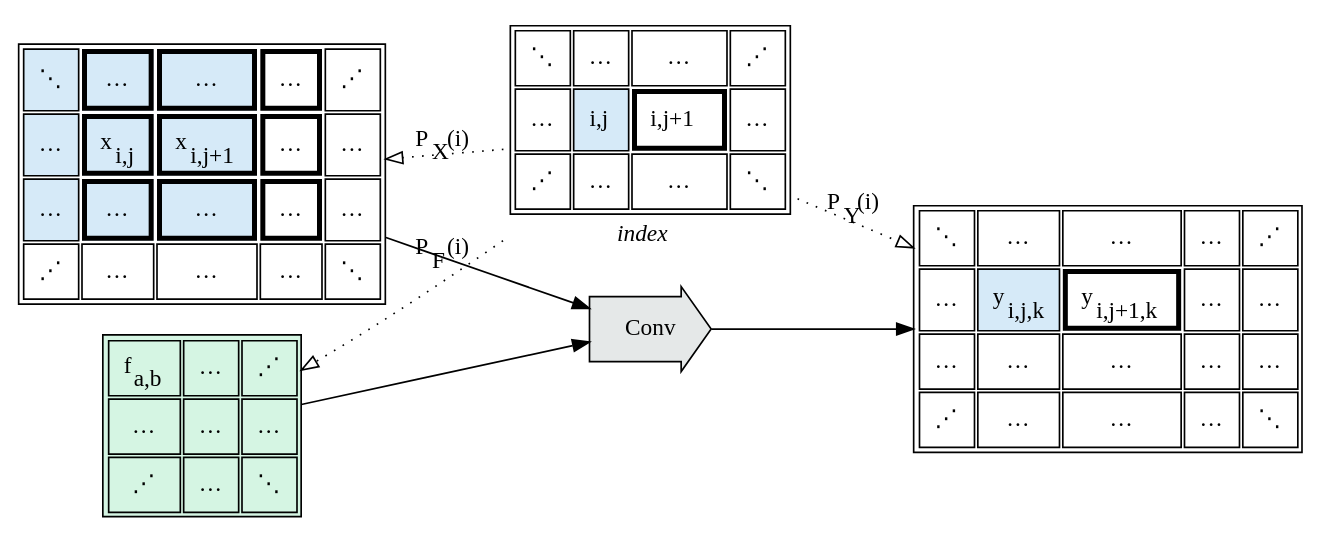
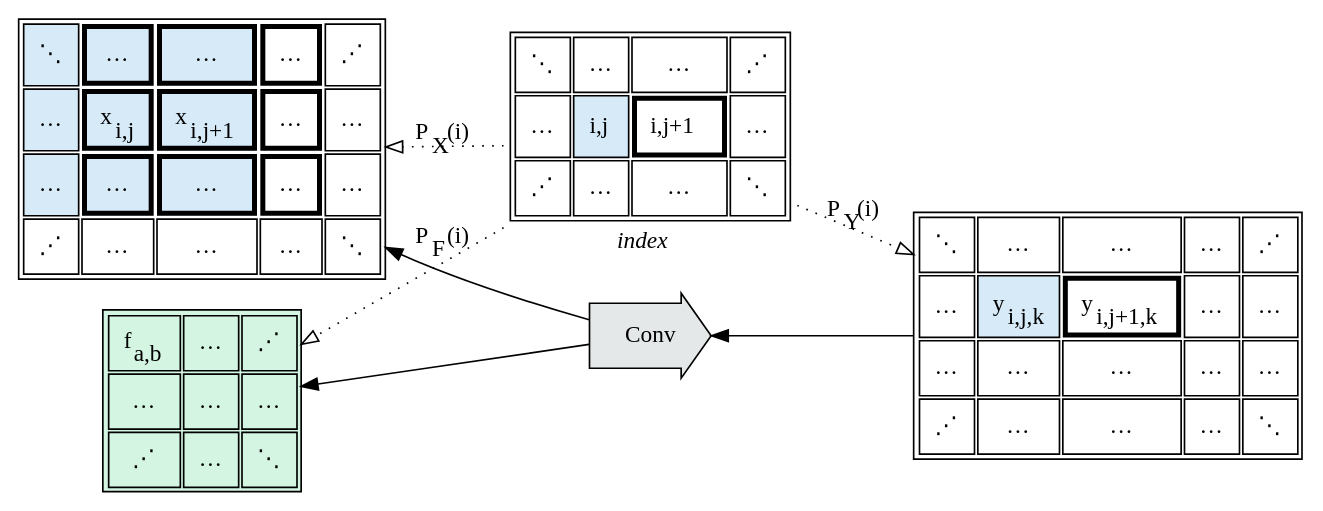
Before and after one commit to crutcher/crutcher.github.io-source: diagram 35 of 58 in source/Tapestry/index.md, drawn with Graphviz. The commit also changed other lines of this file, not shown here.

Commit message:
migrate graphs to RL; add some semantic type notes.

````diff
--- a/source/Tapestry/index.md
+++ b/source/Tapestry/index.md
@@ -4780,6 +5076,6 @@
 ```graphviz
 digraph G {
-  rankdir=LR;
+  rankdir=RL;
 
   idx [
     shape="plain",
@@ -4911,10 +5207,10 @@
           </table>
       >,
   ];
-
-  X -> Conv;
-  F -> Conv;
-  Conv -> Y;
+  
+  Conv -> X;
+  Conv -> F;
+  Y -> Conv;
   
   idx -> X [label=<P<sub>X</sub>(i)>, constraint=false, style=dotted, arrowhead=empty];
   idx -> F [label=<P<sub>F</sub>(i)>, constraint=false, style=dotted, arrowhead=empty];
````
